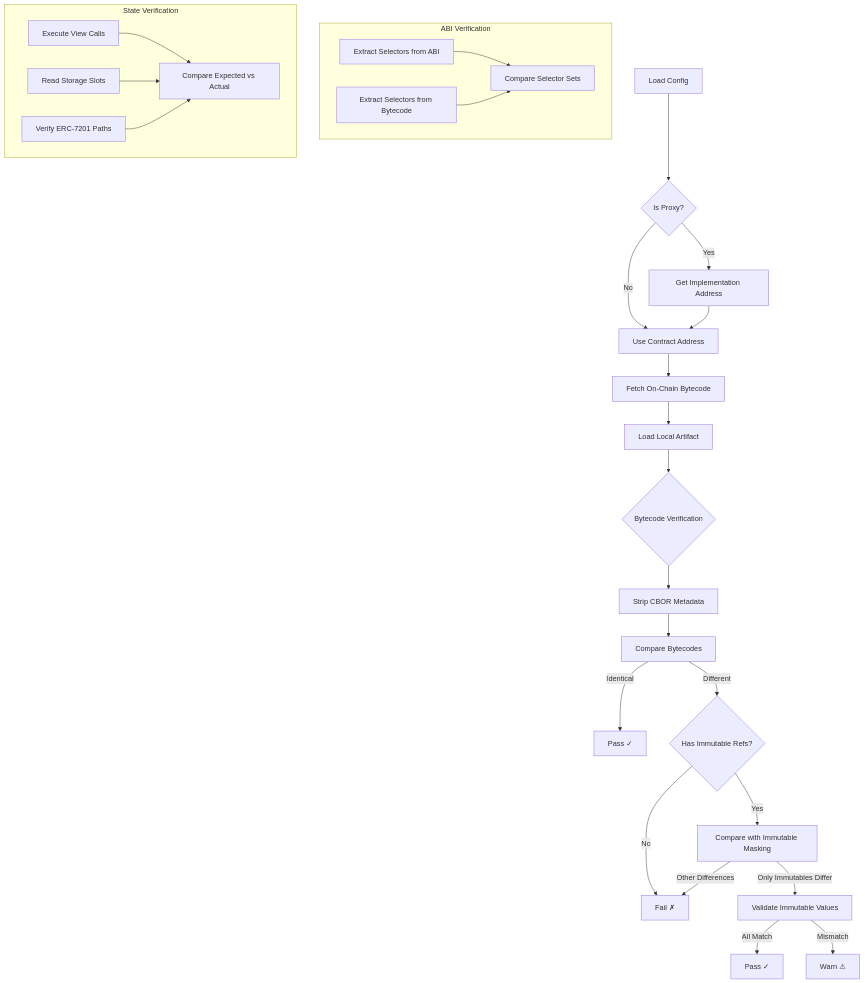
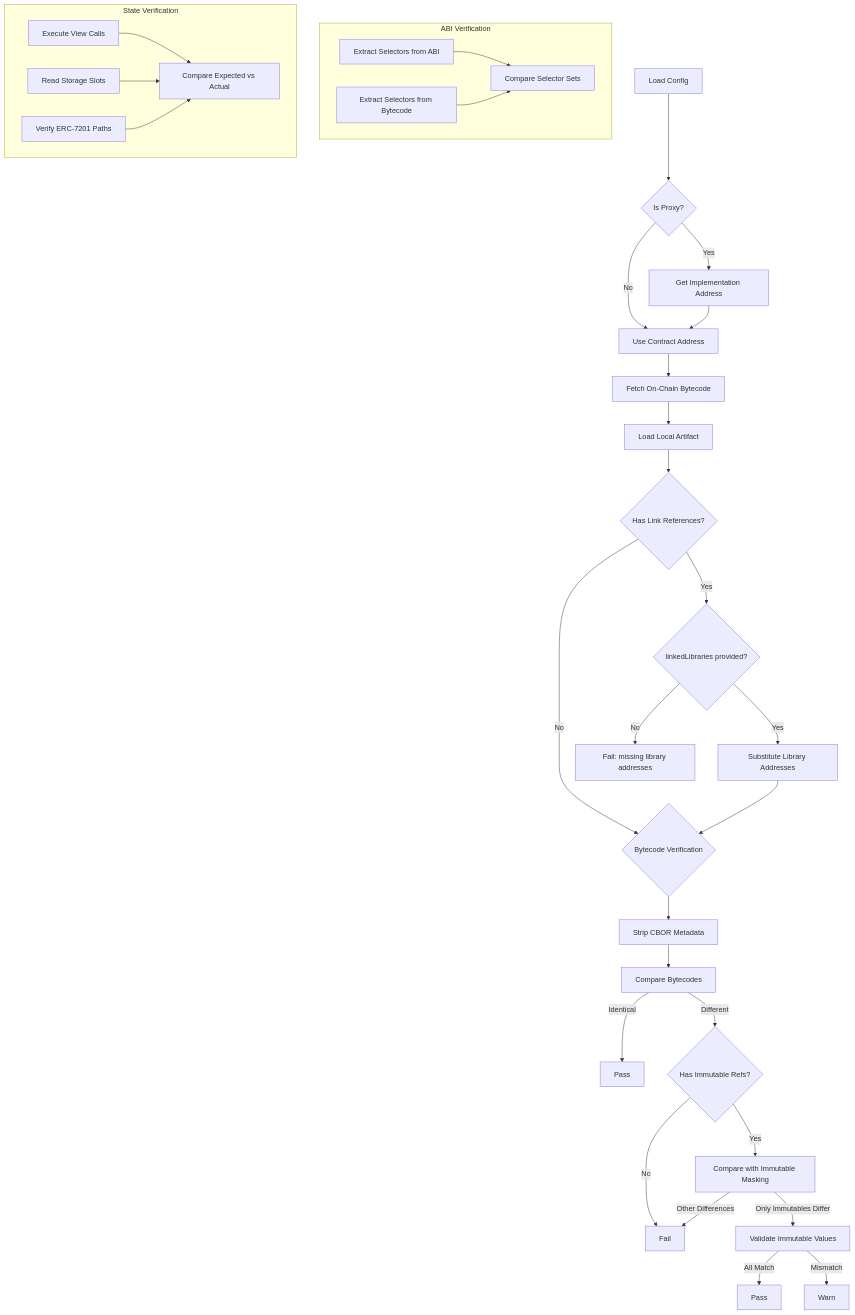
Before and after one commit to Consensys/linea-monorepo: the diagram in contracts/integrity-verifier/ARCHITECTURE.md, drawn with Mermaid. The commit also changed other lines of this file and 10 other files, not shown here.

Commit message:
support linked libraries

````diff
--- a/contracts/integrity-verifier/ARCHITECTURE.md
+++ b/contracts/integrity-verifier/ARCHITECTURE.md
@@ -108,41 +109,47 @@
 ```mermaid
 flowchart TD
     A[Load Config] --> B{Is Proxy?}
     B -->|Yes| C[Get Implementation Address]
     B -->|No| D[Use Contract Address]
     C --> D
     
     D --> E[Fetch On-Chain Bytecode]
     E --> F[Load Local Artifact]
     
-    F --> G{Bytecode Verification}
-    G --> H[Strip CBOR Metadata]
+    F --> F2{Has Link References?}
+    F2 -->|Yes| F3{linkedLibraries provided?}
+    F2 -->|No| G
+    F3 -->|Yes| F4[Substitute Library Addresses]
+    F3 -->|No| F5["Fail: missing library addresses"]
+    F4 --> G
+    
+    G{Bytecode Verification} --> H[Strip CBOR Metadata]
     H --> I[Compare Bytecodes]
-    I -->|Identical| J[Pass ✓]
+    I -->|Identical| J[Pass]
     I -->|Different| K{Has Immutable Refs?}
     
     K -->|Yes| L[Compare with Immutable Masking]
-    K -->|No| M[Fail ✗]
+    K -->|No| M[Fail]
     
     L -->|Only Immutables Differ| N[Validate Immutable Values]
     L -->|Other Differences| M
     
-    N -->|All Match| O[Pass ✓]
-    N -->|Mismatch| P[Warn ⚠]
+    N -->|All Match| O[Pass]
+    N -->|Mismatch| P[Warn]
     
-    subgraph "ABI Verification"
+    subgraph abiVerif [ABI Verification]
         Q[Extract Selectors from ABI]
         R[Extract Selectors from Bytecode]
         Q --> S[Compare Selector Sets]
         R --> S
     end
     
-    subgraph "State Verification"
+    subgraph stateVerif [State Verification]
         T[Execute View Calls]
         U[Read Storage Slots]
-        V[Verify ERC-7201 Paths]
+        V["Verify ERC-7201 Paths"]
         T --> W[Compare Expected vs Actual]
         U --> W
         V --> W
     end
 ```
````
